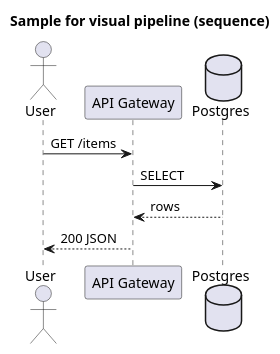
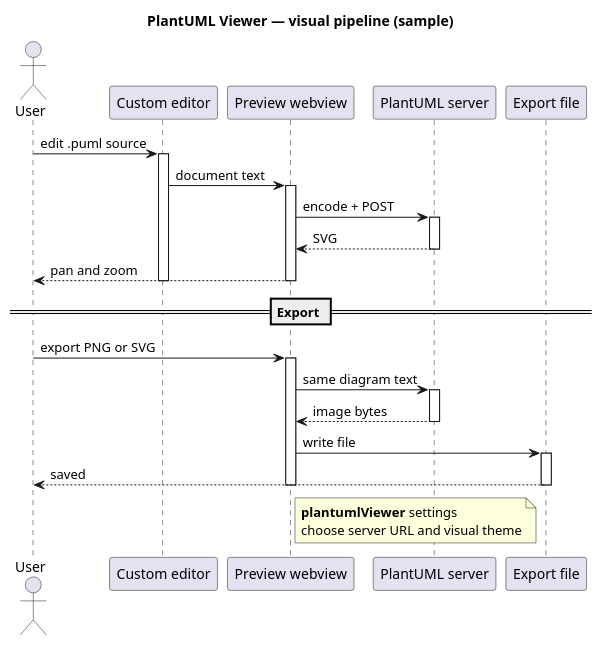
Before and after one commit to manorfm/plantuml-plugin: the diagram in examples/visual-pipeline-sample.puml, drawn with PlantUML. The commit also changed other lines of this file and 13 other files, not shown here.

```diff
--- a/examples/visual-pipeline-sample.puml
+++ b/examples/visual-pipeline-sample.puml
@@ -1,14 +1,45 @@
 @startuml
-' Estrutura de módulos: examples/architecture-overview.puml + architecture*.puml (v0.11.10+); ver docs/architecture-diagrams.md.
-title Sample for visual pipeline (sequence)
+' README / marketplace: source for media/readme-preview.png — regenerate with PlantUML CLI or Docker.
+' Módulos: examples/architecture-overview.puml + architecture*.puml; docs/architecture-diagrams.md.
+
+title PlantUML Viewer — visual pipeline (sample)
+
+skinparam defaultFontName Verdana
 
 actor User
-participant "API Gateway" as Api
-database Postgres
+participant "Custom editor" as Editor
+participant "Preview webview" as Preview
+participant "PlantUML server" as Server
+participant "Export file" as Export
 
-User -> Api: GET /items
-Api -> Postgres: SELECT
-Postgres --> Api: rows
-Api --> User: 200 JSON
+User -> Editor: edit .puml source
+activate Editor
+Editor -> Preview: document text
+activate Preview
+Preview -> Server: encode + POST
+activate Server
+Server --> Preview: SVG
+deactivate Server
+Preview --> User: pan and zoom
+deactivate Preview
+deactivate Editor
+
+== Export ==
+User -> Preview: export PNG or SVG
+activate Preview
+Preview -> Server: same diagram text
+activate Server
+Server --> Preview: image bytes
+deactivate Server
+Preview -> Export: write file
+activate Export
+Export --> User: saved
+deactivate Export
+deactivate Preview
+
+note right of Preview
+  **plantumlViewer** settings
+  choose server URL and visual theme
+end note
 
 @enduml
```
